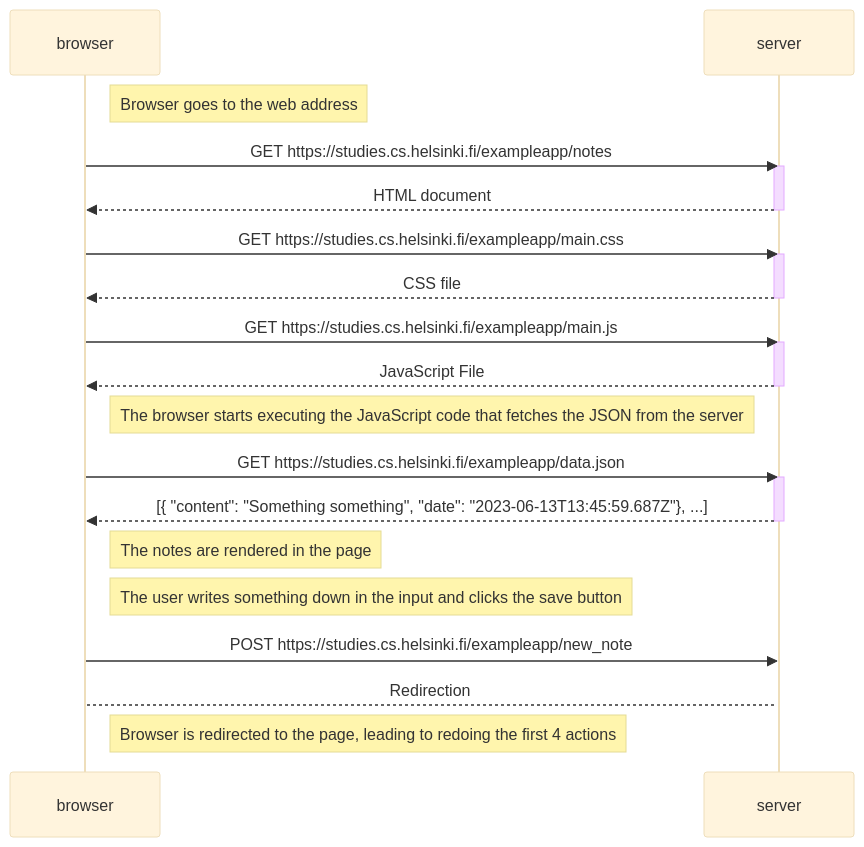
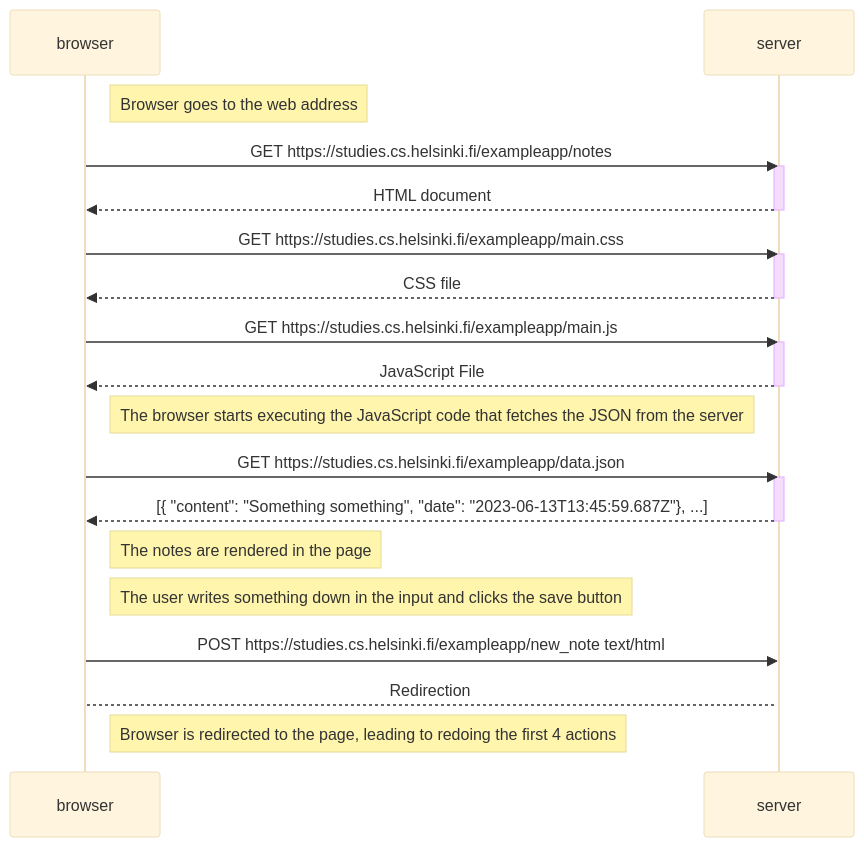
The diagram in osa0/sequence-1.md (PetteriV99/full-stack-open), drawn with Mermaid (base theme) before and after one commit. The commit also changed 3 other files, not shown here.

````diff
--- a/osa0/sequence-1.md
+++ b/osa0/sequence-1.md
@@ -3,38 +3,38 @@
 ```mermaid
 sequenceDiagram
     participant browser
     participant server
 
     Note right of browser: Browser goes to the web address
     browser->>server: GET https://studies.cs.helsinki.fi/exampleapp/notes
     activate server
     server-->>browser: HTML document
     deactivate server
 
     browser->>server: GET https://studies.cs.helsinki.fi/exampleapp/main.css
     activate server
     server-->>browser: CSS file
     deactivate server
 
     browser->>server: GET https://studies.cs.helsinki.fi/exampleapp/main.js
     activate server
     server-->>browser: JavaScript File
     deactivate server
 
     Note right of browser: The browser starts executing the JavaScript code that fetches the JSON from the server
 
     browser->>server: GET https://studies.cs.helsinki.fi/exampleapp/data.json
     activate server
     server-->>browser: [{ "content": "Something something", "date": "2023-06-13T13:45:59.687Z"}, ...]
     deactivate server
 
     Note right of browser: The notes are rendered in the page
 
     Note right of browser: The user writes something down in the input and clicks the save button
 
-    browser->>server: POST https://studies.cs.helsinki.fi/exampleapp/new_note
+    browser->>server: POST https://studies.cs.helsinki.fi/exampleapp/new_note text/html 
     activate server
     server-->browser: Redirection
 
     Note right of browser: Browser is redirected to the page, leading to redoing the first 4 actions
 ```
````
